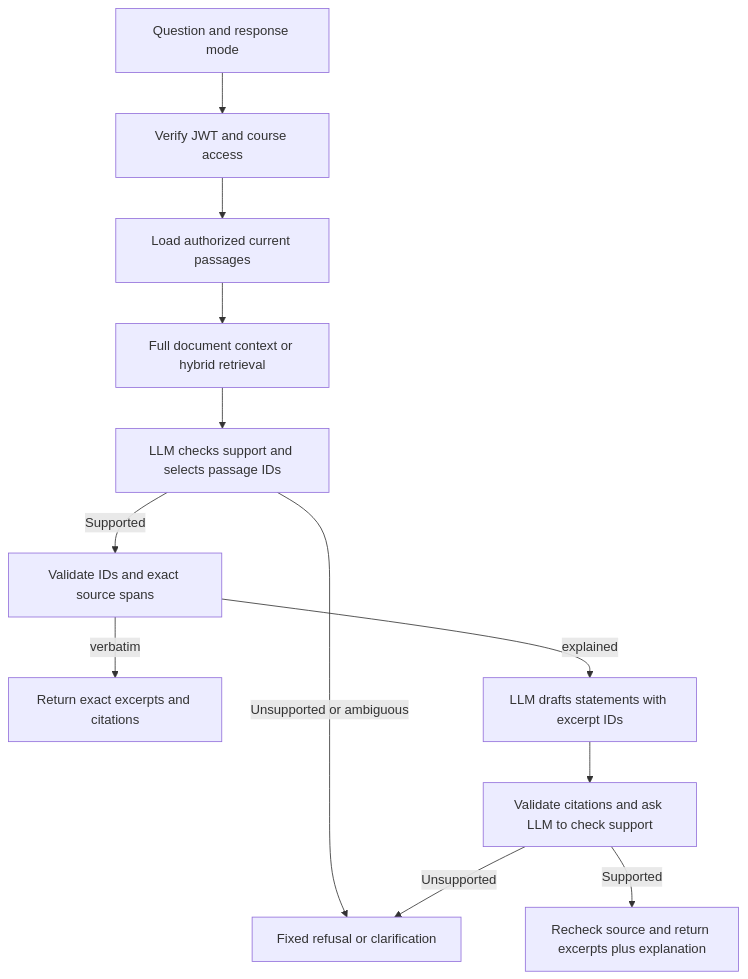
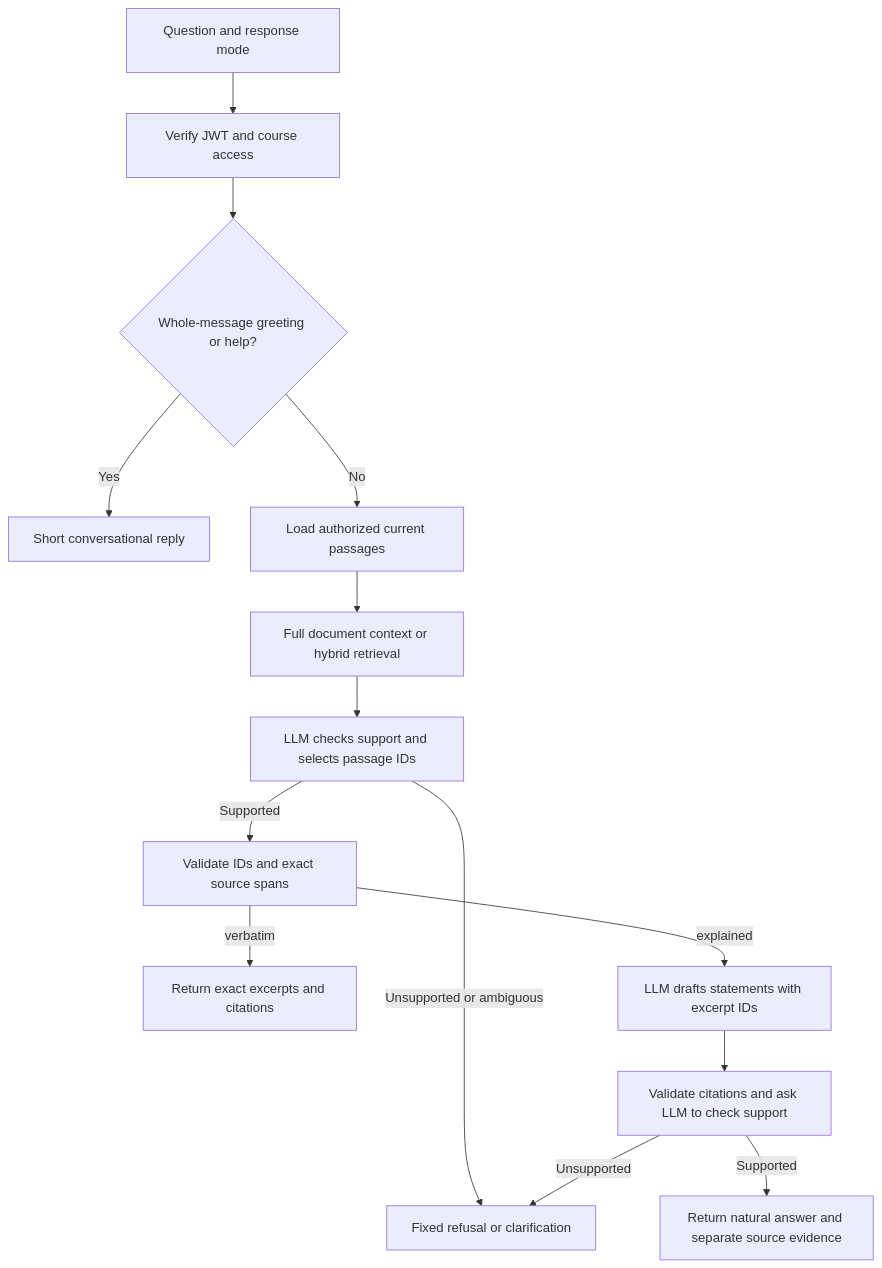
The diagram in README.md (Hemenam/GetRetrieved), drawn with Mermaid before and after one commit. The commit also changed other lines of this file and 34 other files, not shown here.

````diff
--- a/README.md
+++ b/README.md
@@ -40,14 +42,16 @@
 ```mermaid
 flowchart TD
     A[Question and response mode] --> B[Verify JWT and course access]
-    B --> C[Load authorized current passages]
+    B --> S{Whole-message greeting or help?}
+    S -->|Yes| T[Short conversational reply]
+    S -->|No| C[Load authorized current passages]
     C --> D[Full document context or hybrid retrieval]
     D --> E[LLM checks support and selects passage IDs]
     E -->|Unsupported or ambiguous| F[Fixed refusal or clarification]
     E -->|Supported| G[Validate IDs and exact source spans]
     G -->|verbatim| H[Return exact excerpts and citations]
     G -->|explained| I[LLM drafts statements with excerpt IDs]
     I --> J[Validate citations and ask LLM to check support]
-    J -->|Supported| K[Recheck source and return excerpts plus explanation]
+    J -->|Supported| K[Return natural answer and separate source evidence]
     J -->|Unsupported| F
 ```
````
